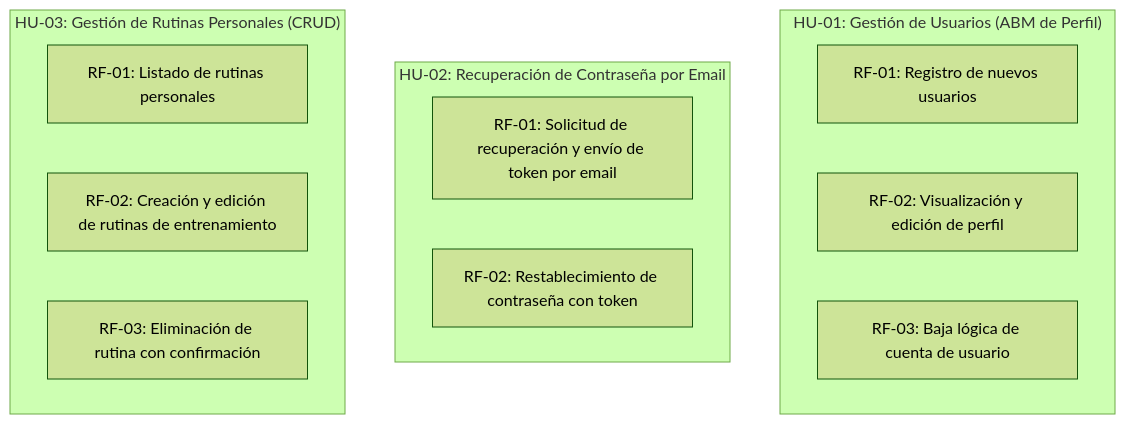
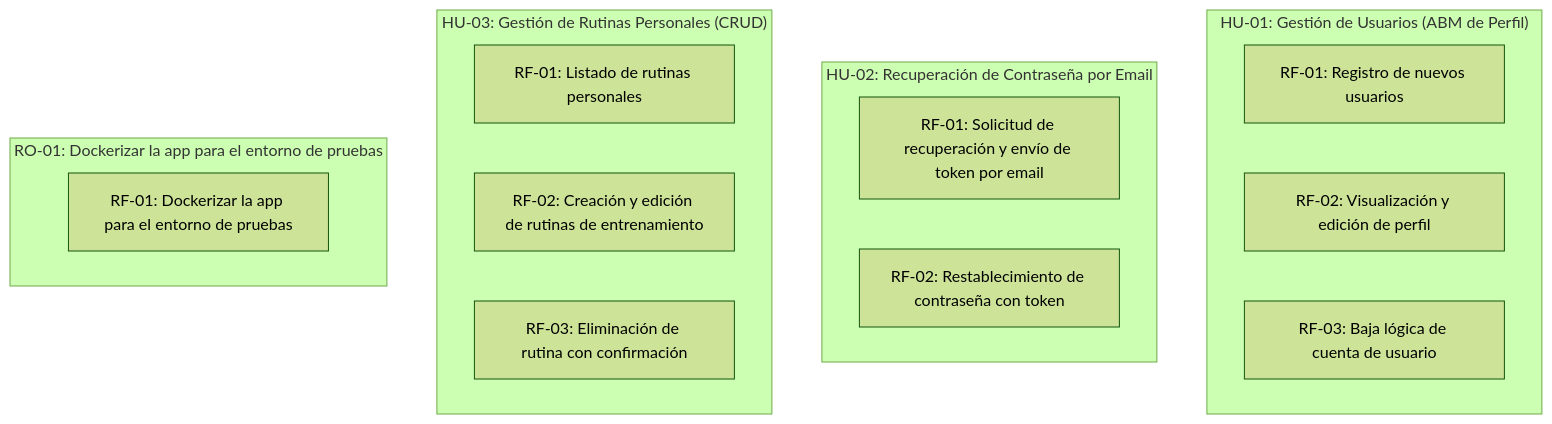
Before and after one commit to Agustin-PerezR/FitArg: the diagram in scrumDocs/grafo.md, drawn with Mermaid (forest theme). The commit also changed other lines of this file, not shown here.

Commit message:
Auto-publish: actualiza scrumDocs/grafo.md

````diff
--- a/scrumDocs/grafo.md
+++ b/scrumDocs/grafo.md
@@ -5,17 +5,20 @@
 ```mermaid
 graph TD
   subgraph US_1788961186890["HU-01: Gestión de Usuarios (ABM de Perfil)"]
     REQ_1788962591125["RF-01: Registro de nuevos usuarios"]
     REQ_1788962599160["RF-02: Visualización y edición de perfil"]
     REQ_1788962657708["RF-03: Baja lógica de cuenta de usuario"]
   end
   subgraph US_1788961195716["HU-02: Recuperación de Contraseña por Email"]
     REQ_1788962657905["RF-01: Solicitud de recuperación y envío de token por email"]
     REQ_1788962658008["RF-02: Restablecimiento de contraseña con token"]
   end
   subgraph US_1788961200799["HU-03: Gestión de Rutinas Personales (CRUD)"]
     REQ_1788962658133["RF-01: Listado de rutinas personales"]
     REQ_1788962658244["RF-02: Creación y edición de rutinas de entrenamiento"]
     REQ_1788962658342["RF-03: Eliminación de rutina con confirmación"]
   end
+  subgraph US_1788962846177["RO-01: Dockerizar la app para el entorno de pruebas"]
+    REQ_1788962846188["RF-01: Dockerizar la app para el entorno de pruebas"]
+  end
 ```
````
